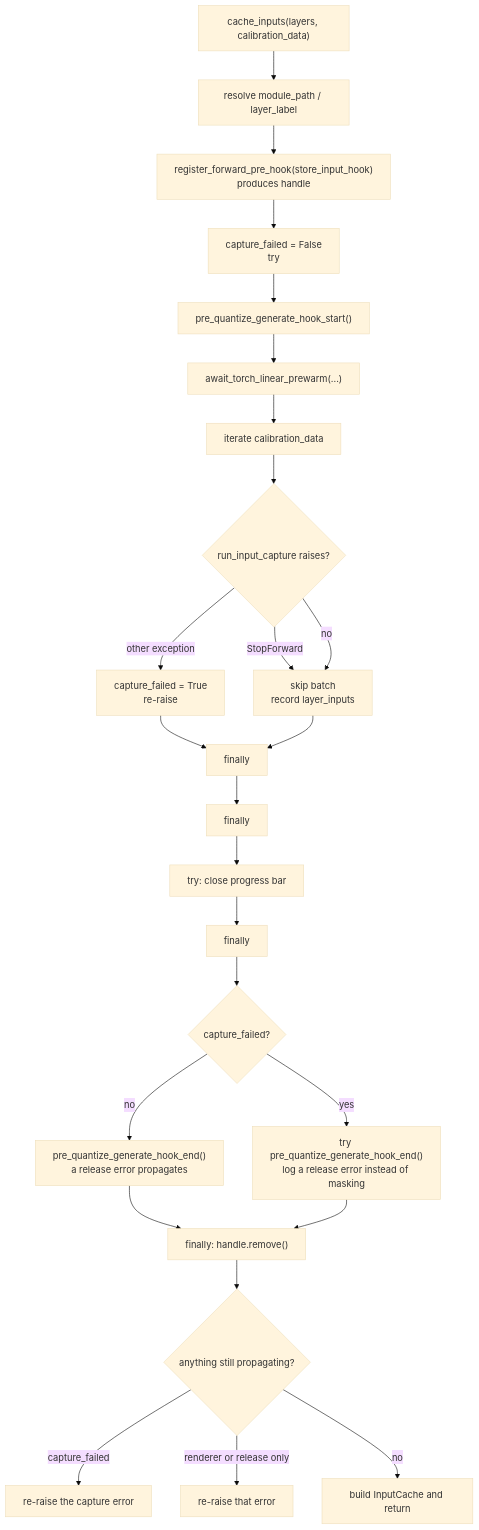
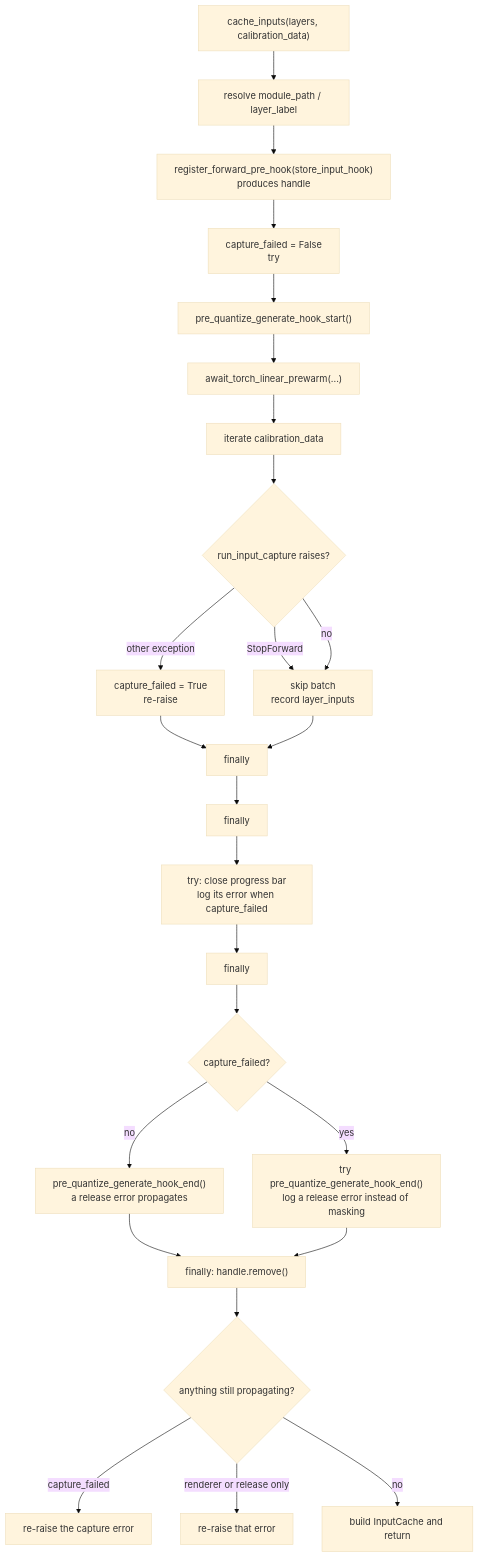
Before and after one commit to ModelCloud/GPTQModel: the diagram in docs/input-capture-cleanup-lifecycle.md, drawn with Mermaid (base theme). The commit also changed other lines of this file and 2 other files, not shown here.

First line of the commit message:
fix(looper): let the capture error outrank a progress-bar close failure

````diff
--- a/docs/input-capture-cleanup-lifecycle.md
+++ b/docs/input-capture-cleanup-lifecycle.md
@@ -34,27 +34,27 @@
 ```mermaid
 flowchart TD
     A["cache_inputs(layers, calibration_data)"] --> B["resolve module_path / layer_label"]
     B --> C["register_forward_pre_hook(store_input_hook)<br/>produces handle"]
     C --> D["capture_failed = False<br/>try"]
     D --> E["pre_quantize_generate_hook_start()"]
     E --> F["await_torch_linear_prewarm(...)"]
     F --> G["iterate calibration_data"]
     G --> H{"run_input_capture raises?"}
     H -- "StopForward" --> I["skip batch<br/>record layer_inputs"]
     H -- "other exception" --> O1["capture_failed = True<br/>re-raise"]
     O1 --> J["finally"]
     H -- "no" --> I
     I --> J
     J --> K["finally"]
-    K --> L["try: close progress bar"]
+    K --> L["try: close progress bar<br/>log its error when capture_failed"]
     L --> M["finally"]
     M --> N{"capture_failed?"}
     N -- "no" --> O["pre_quantize_generate_hook_end()<br/>a release error propagates"]
     N -- "yes" --> P["try pre_quantize_generate_hook_end()<br/>log a release error instead of masking"]
     O --> Q["finally: handle.remove()"]
     P --> Q
     Q --> R{"anything still propagating?"}
     R -- "capture_failed" --> S["re-raise the capture error"]
     R -- "renderer or release only" --> T["re-raise that error"]
     R -- "no" --> U["build InputCache and return"]
 ```
````
